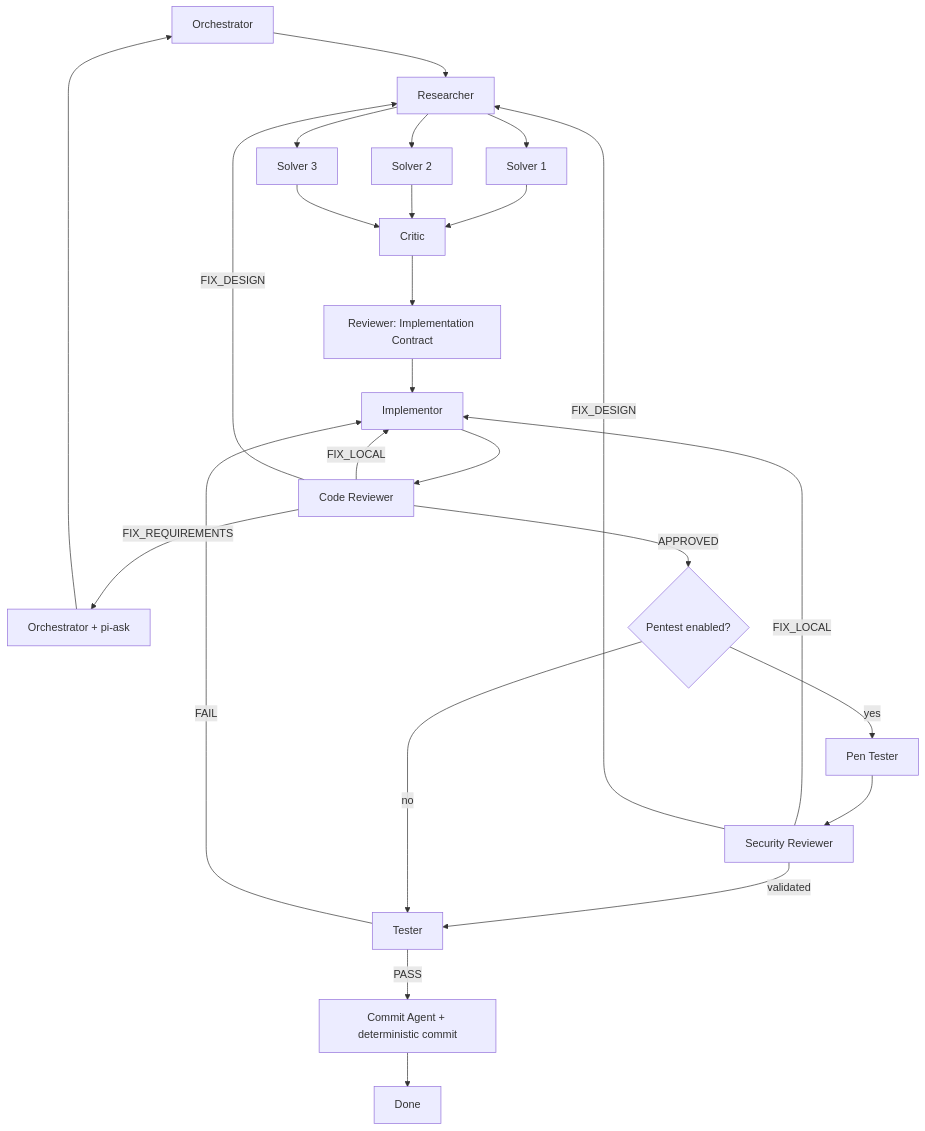
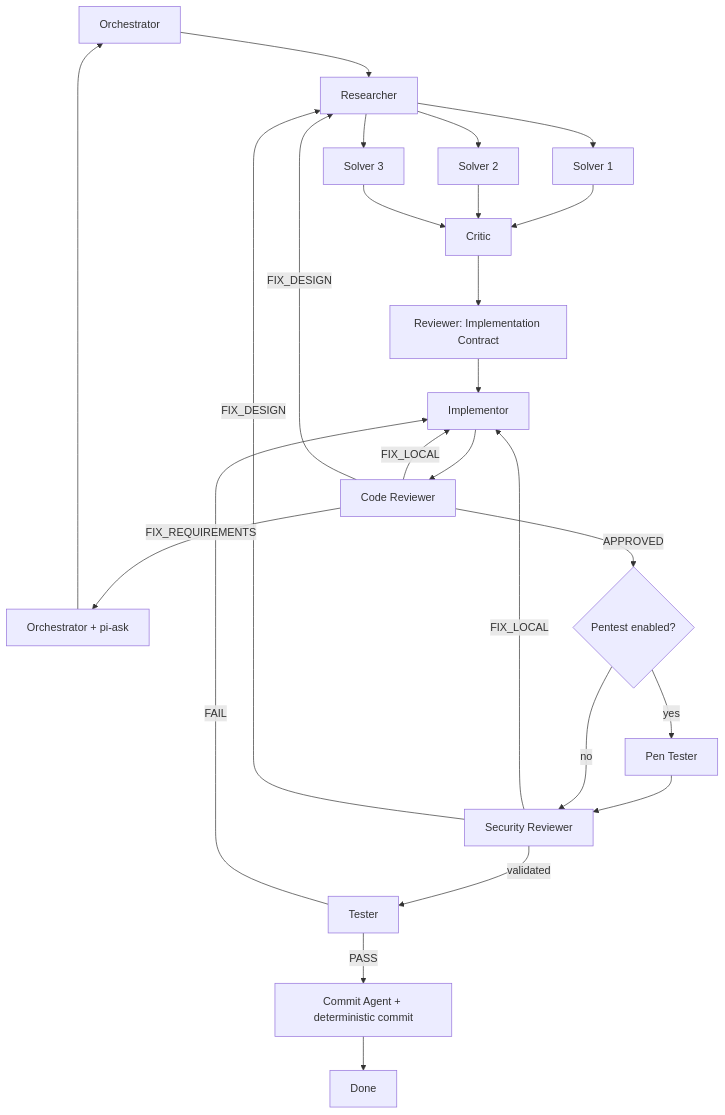
One commit to mw108/pi-team changed the diagram in README.md. Above: the diagram before and after it, drawn with Mermaid. The commit also changed other lines of this file and 38 other files, not shown here.

````diff
--- a/README.md
+++ b/README.md
@@ -409,27 +401,27 @@
 ```mermaid
 flowchart TD
   O[Orchestrator] --> R[Researcher]
   R --> S1[Solver 1]
   R --> S2[Solver 2]
   R --> S3[Solver 3]
   S1 --> C[Critic]
   S2 --> C
   S3 --> C
   C --> V[Reviewer: Implementation Contract]
   V --> I[Implementor]
   I --> CR[Code Reviewer]
   CR -- FIX_LOCAL --> I
   CR -- FIX_DESIGN --> R
   CR -- FIX_REQUIREMENTS --> Q[Orchestrator + pi-ask]
   Q --> O
   CR -- APPROVED --> P{Pentest enabled?}
   P -- yes --> PT[Pen Tester]
   PT --> SR[Security Reviewer]
   SR -- FIX_LOCAL --> I
   SR -- FIX_DESIGN --> R
   SR -- validated --> T[Tester]
-  P -- no --> T
+  P -- no --> SR
   T -- FAIL --> I
   T -- PASS --> G[Commit Agent + deterministic commit]
   G --> D[Done]
 ```
````
